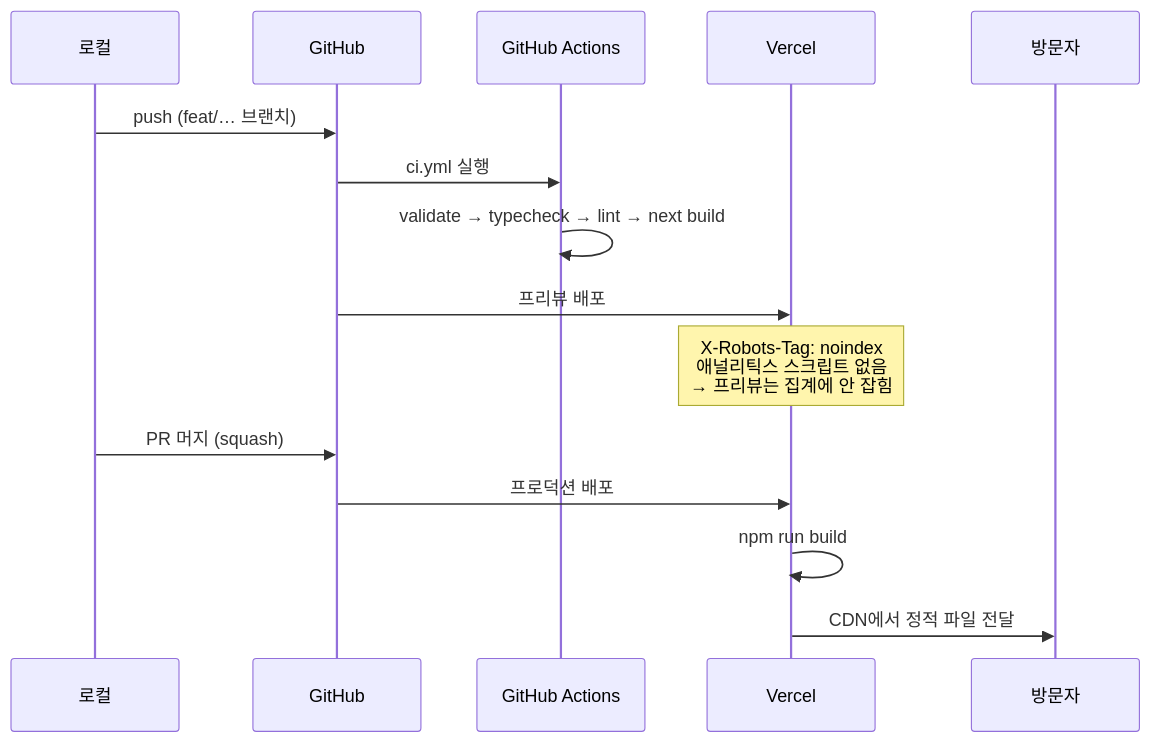
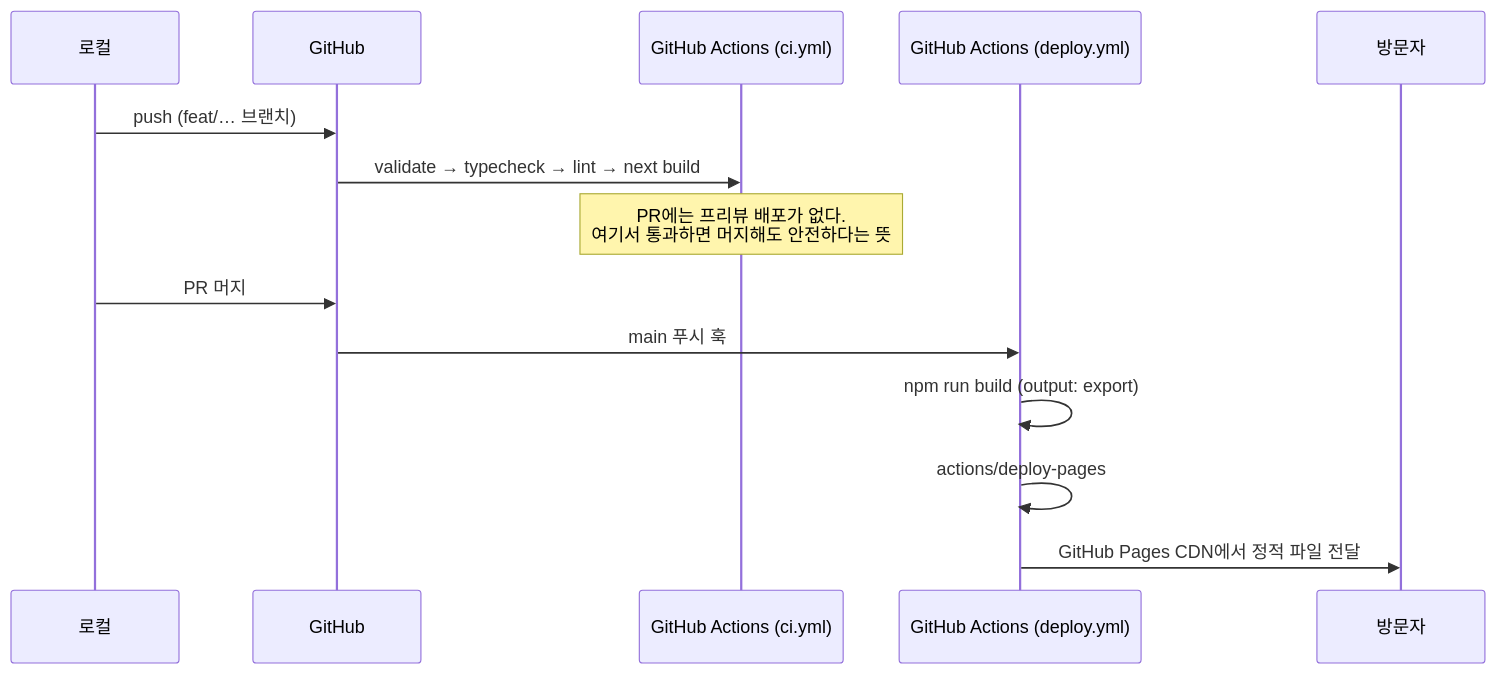
Before and after one commit to sehyunnoh/pickleball: the fourth of 8 diagrams in docs/ARCHITECTURE.md, drawn with Mermaid. The commit also changed other lines of this file and 19 other files, not shown here.

First line of the commit message:
feat: migrate deployment from Vercel to GitHub Pages (#20)

````diff
--- a/docs/ARCHITECTURE.md
+++ b/docs/ARCHITECTURE.md
@@ -122,19 +123,18 @@
 ```mermaid
 sequenceDiagram
     participant Dev as 로컬
     participant GH as GitHub
-    participant CI as GitHub Actions
-    participant V as Vercel
+    participant CI as GitHub Actions (ci.yml)
+    participant DP as GitHub Actions (deploy.yml)
     participant U as 방문자
 
     Dev->>GH: push (feat/… 브랜치)
-    GH->>CI: ci.yml 실행
-    CI->>CI: validate → typecheck → lint → next build
-    GH->>V: 프리뷰 배포
-    Note over V: X-Robots-Tag: noindex<br/>애널리틱스 스크립트 없음<br/>→ 프리뷰는 집계에 안 잡힘
+    GH->>CI: validate → typecheck → lint → next build
+    Note over CI: PR에는 프리뷰 배포가 없다.<br/>여기서 통과하면 머지해도 안전하다는 뜻
 
-    Dev->>GH: PR 머지 (squash)
-    GH->>V: 프로덕션 배포
-    V->>V: npm run build
-    V->>U: CDN에서 정적 파일 전달
+    Dev->>GH: PR 머지
+    GH->>DP: main 푸시 훅
+    DP->>DP: npm run build (output: export)
+    DP->>DP: actions/deploy-pages
+    DP->>U: GitHub Pages CDN에서 정적 파일 전달
 ```
````
